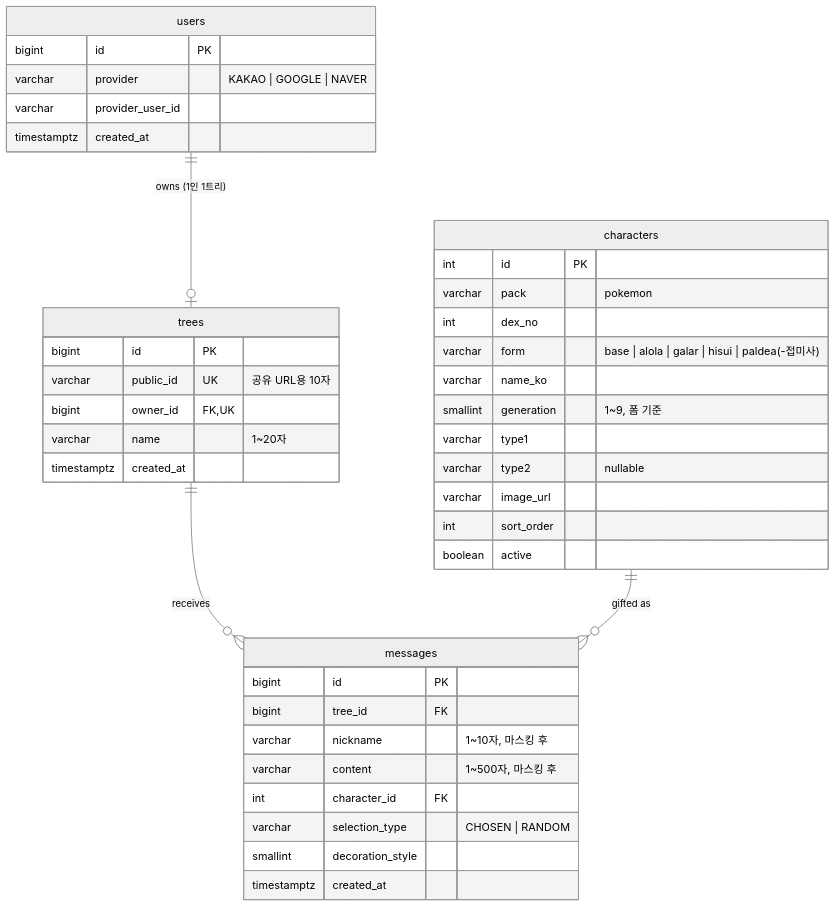
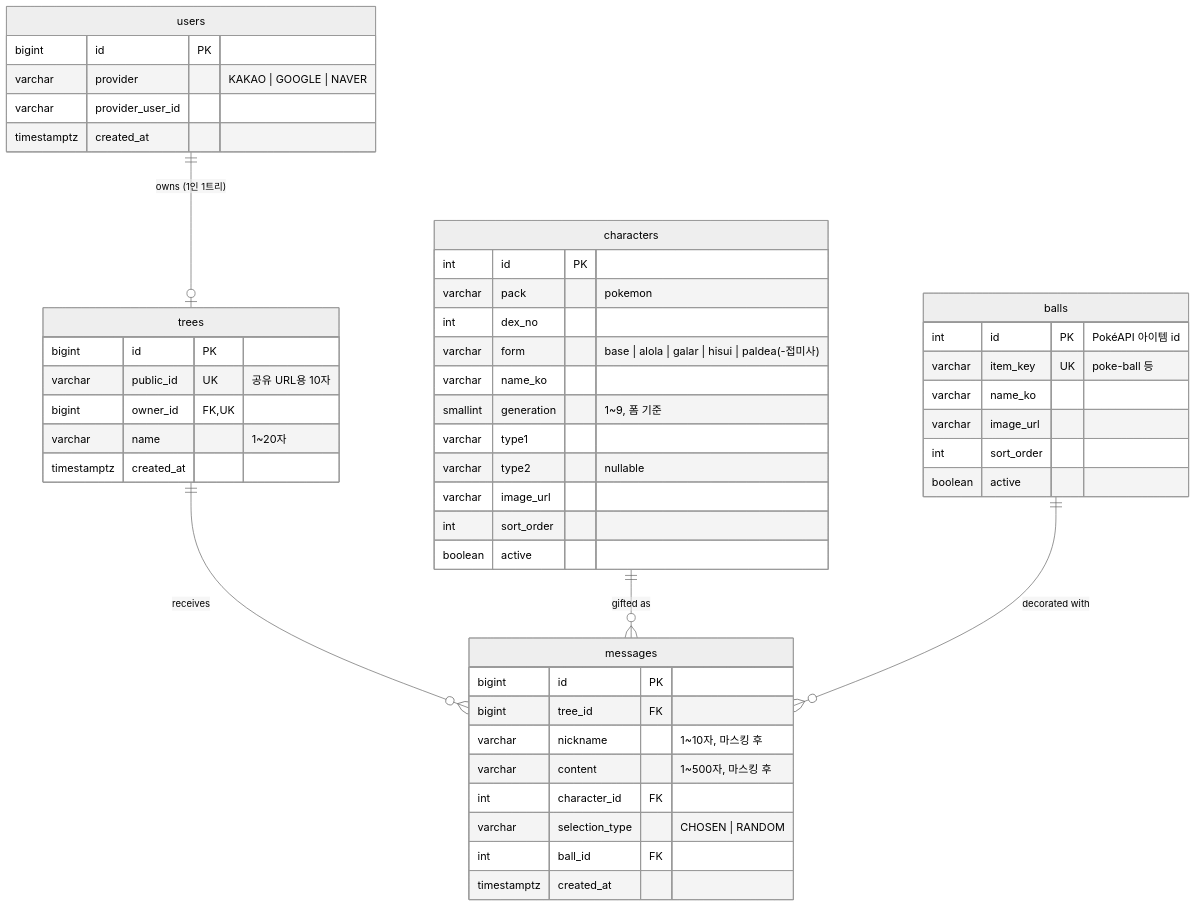
One commit to Pevelovers/poke-letter changed the diagram in docs/product/erd.md. Above: the diagram before and after it, drawn with Mermaid (neutral theme). The commit also changed other lines of this file, not shown here.

First line of the commit message:
docs(docs): ERD에 balls 테이블과 이름 표기 규칙 반영

````diff
--- a/docs/product/erd.md
+++ b/docs/product/erd.md
@@ -8,43 +8,52 @@
 ```mermaid
 erDiagram
     users ||--o| trees : "owns (1인 1트리)"
     trees ||--o{ messages : "receives"
     characters ||--o{ messages : "gifted as"
+    balls ||--o{ messages : "decorated with"
 
     users {
         bigint id PK
         varchar provider "KAKAO | GOOGLE | NAVER"
         varchar provider_user_id
         timestamptz created_at
     }
     trees {
         bigint id PK
         varchar public_id UK "공유 URL용 10자"
         bigint owner_id FK,UK
         varchar name "1~20자"
         timestamptz created_at
     }
     messages {
         bigint id PK
         bigint tree_id FK
         varchar nickname "1~10자, 마스킹 후"
         varchar content "1~500자, 마스킹 후"
         int character_id FK
         varchar selection_type "CHOSEN | RANDOM"
-        smallint decoration_style
+        int ball_id FK
         timestamptz created_at
     }
     characters {
         int id PK
         varchar pack "pokemon"
         int dex_no
         varchar form "base | alola | galar | hisui | paldea(-접미사)"
         varchar name_ko
         smallint generation "1~9, 폼 기준"
         varchar type1
         varchar type2 "nullable"
         varchar image_url
         int sort_order
         boolean active
     }
+    balls {
+        int id PK "PokéAPI 아이템 id"
+        varchar item_key UK "poke-ball 등"
+        varchar name_ko
+        varchar image_url
+        int sort_order
+        boolean active
+    }
 ```
````
